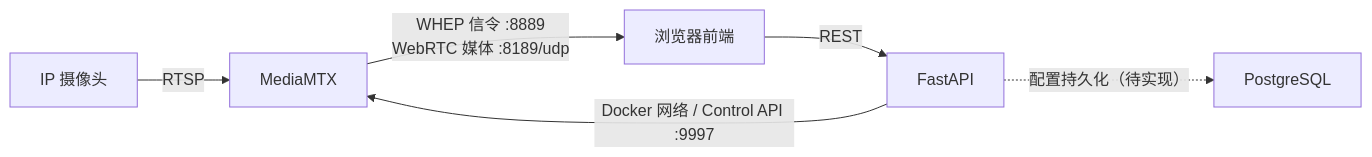
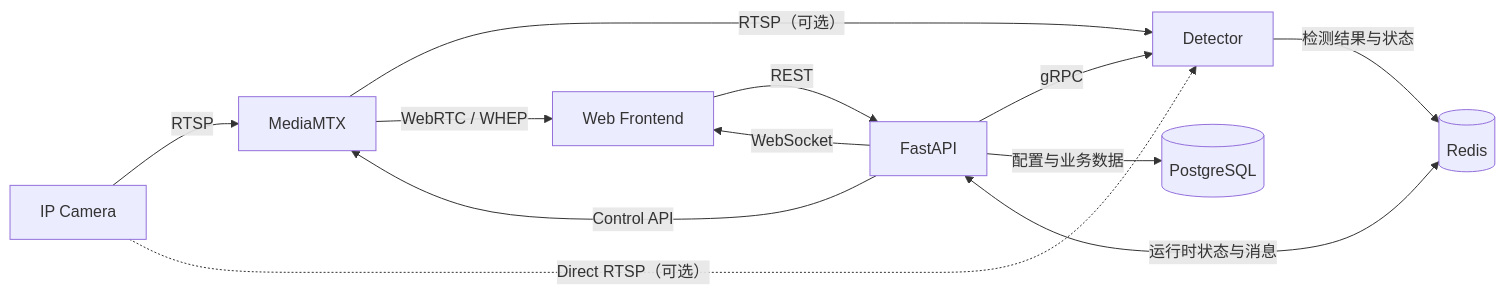
One commit to fuweihang/sop-vision changed the diagram in README.md. Above: the diagram before and after it, drawn with Mermaid. The commit also changed other lines of this file and 28 other files, not shown here.

````diff
--- a/README.md
+++ b/README.md
@@ -18,8 +9,16 @@
 ```mermaid
 flowchart LR
-    CAM["IP 摄像头"] -->|"RTSP"| MTX["MediaMTX"]
-    MTX -->|"WHEP 信令 :8889<br/>WebRTC 媒体 :8189/udp"| WEB
-    API -->|"Docker 网络 / Control API :9997"| MTX
-    API -.->|"配置持久化（待实现）"| DB["PostgreSQL"]
-    WEB["浏览器前端"] -->|"REST"| API["FastAPI"]
+    CAM["IP Camera"] -->|"RTSP"| MTX["MediaMTX"]
+    CAM -. "Direct RTSP（可选）" .-> DET["Detector"]
+    MTX -->|"RTSP（可选）"| DET
+    MTX -->|"WebRTC / WHEP"| FE["Web Frontend"]
+
+    FE -->|"REST"| API["FastAPI"]
+    API -->|"WebSocket"| FE
+    API -->|"Control API"| MTX
+    API -->|"gRPC"| DET
+
+    API -->|"配置与业务数据"| PG[(PostgreSQL)]
+    API <-->|"运行时状态与消息"| REDIS[(Redis)]
+    DET -->|"检测结果与状态"| REDIS
 ```
````
